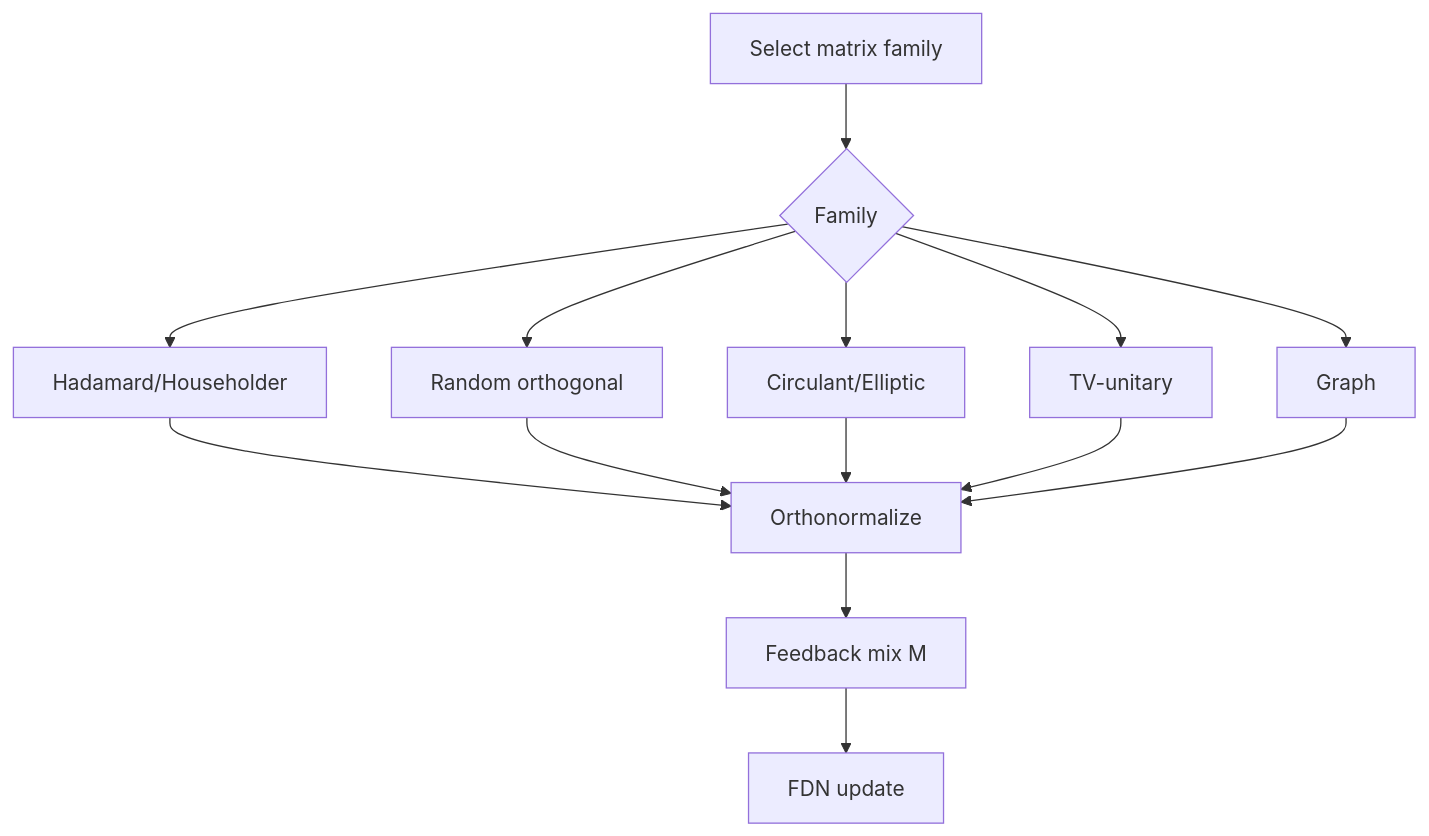
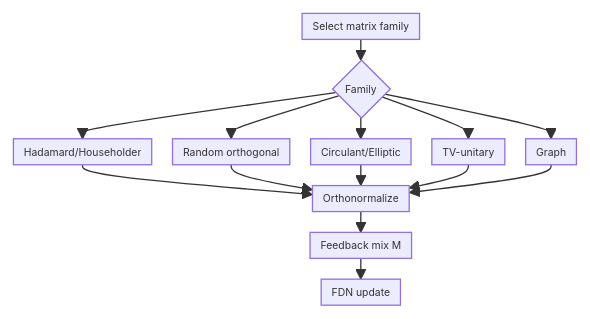
The sixth of 15 diagrams in README.md (TheColby/verbx), drawn with Mermaid before and after one commit. The commit also changed other lines of this file, not shown here.

Commit message:
docs: scale DSP mermaid graphs to 50 percent

````diff
--- a/README.md
+++ b/README.md
@@ -1486,16 +1487,17 @@
 ```mermaid
+%%{init: {'themeVariables': {'fontSize': '8px'}, 'flowchart': {'nodeSpacing': 16, 'rankSpacing': 16, 'padding': 4}}}%%
 flowchart TD
   S["Select matrix family"] --> Q{"Family"}
   Q --> M1["Hadamard/Householder"]
   Q --> M2["Random orthogonal"]
   Q --> M3["Circulant/Elliptic"]
   Q --> M4["TV-unitary"]
   Q --> M5["Graph"]
   M1 --> ORTHO["Orthonormalize"]
   M2 --> ORTHO
   M3 --> ORTHO
   M4 --> ORTHO
   M5 --> ORTHO
   ORTHO --> MIXM["Feedback mix M"]
   MIXM --> STEP["FDN update"]
 ```
````
